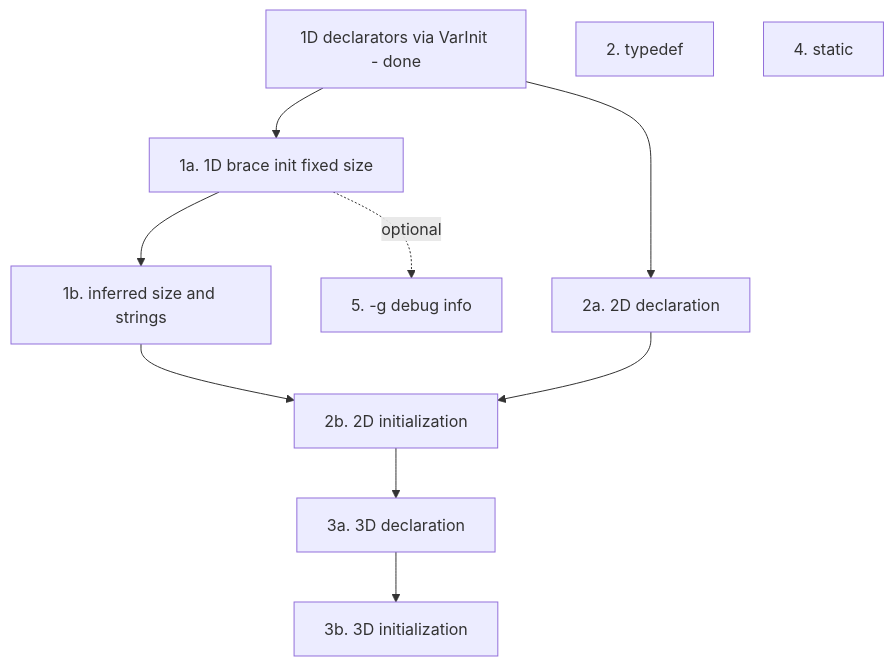
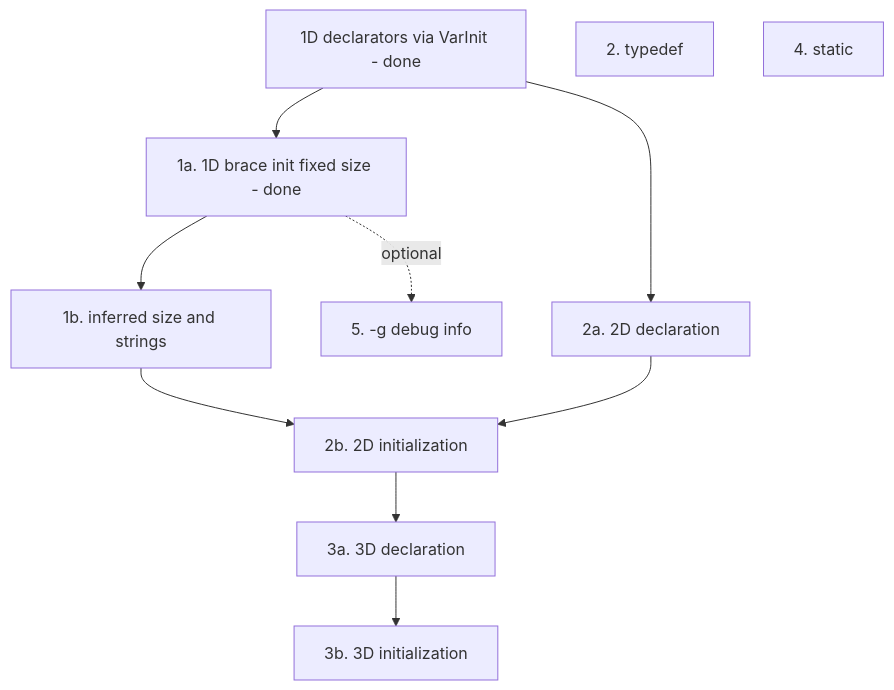
Before and after one commit to yanghuafang/lcc: the diagram in docs/Roadmap.md, drawn with Mermaid. The commit also changed other lines of this file and 15 other files, not shown here.

First line of the commit message:
Support fixed-size 1D array brace initialization.

````diff
--- a/docs/Roadmap.md
+++ b/docs/Roadmap.md
@@ -43,23 +44,23 @@
 ```mermaid
 flowchart TD
   done[1D declarators via VarInit - done]
-  init1a[1a. 1D brace init fixed size]
+  init1a[1a. 1D brace init fixed size - done]
   init1b[1b. inferred size and strings]
   typedef[2. typedef]
   md2a[2a. 2D declaration]
   md2b[2b. 2D initialization]
   md3a[3a. 3D declaration]
   md3b[3b. 3D initialization]
   stat[4. static]
   dbg[5. -g debug info]
 
   done --> init1a --> init1b
   init1b --> md2b
   done --> md2a --> md2b
   md2b --> md3a --> md3b
   typedef
   stat
   dbg
 
   init1a -.->|optional| dbg
 ```
````
